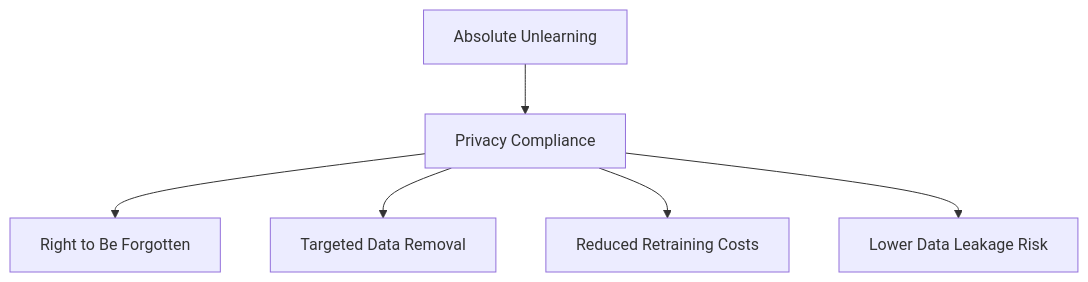
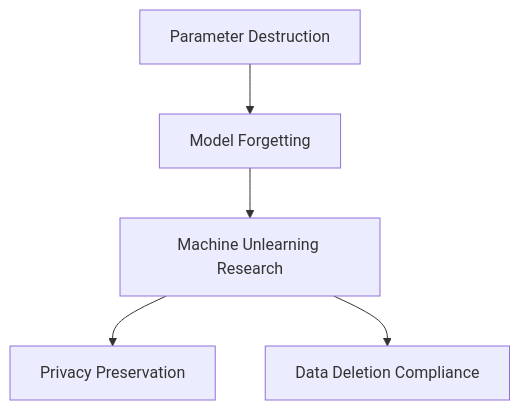
One commit to cyberdpopsicle-dev/Machine-Learning-Models- changed the fifth of 5 diagrams in Model Amnesia (Machine Unlearning)/READme.md. Above: the diagram before and after it, drawn with Mermaid. The commit also changed other lines of this file, not shown here.

````diff
--- a/Model Amnesia (Machine Unlearning)/READme.md
+++ b/Model Amnesia (Machine Unlearning)/READme.md
@@ -93,15 +116,13 @@
 ```mermaid
 flowchart TD
-    A[Absolute Unlearning]
-    B[Privacy Compliance]
-    C[Right to Be Forgotten]
-    D[Targeted Data Removal]
-    E[Reduced Retraining Costs]
-    F[Lower Data Leakage Risk]
+    A[Parameter Destruction]
+    B[Model Forgetting]
+    C[Machine Unlearning Research]
+    D[Privacy Preservation]
+    E[Data Deletion Compliance]
 
     A --> B
     B --> C
-    B --> D
-    B --> E
-    B --> F
+    C --> D
+    C --> E
 ```
````
